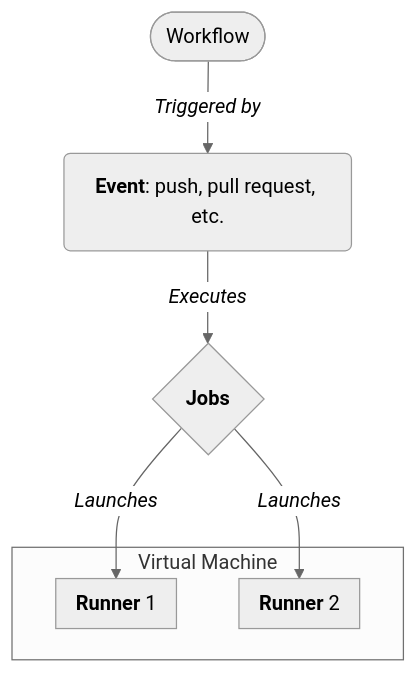
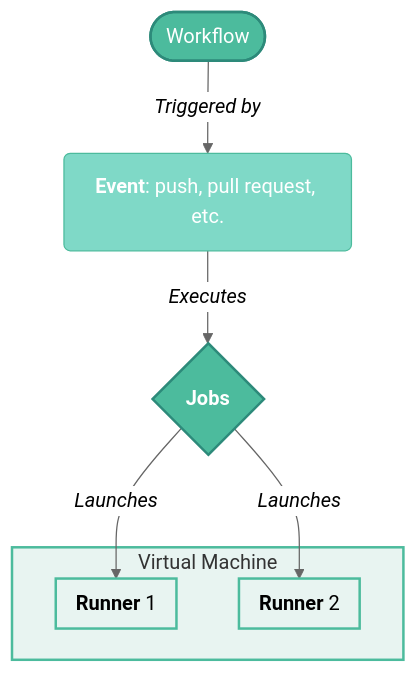
Before and after one commit to mjfrigaard/shiny-app-pkgs: the third of 8 diagrams in gha.qmd, drawn with Mermaid. The commit also changed other lines of this file, not shown here.

First line of the commit message:
Style first 5 mermaid diagrams in gha.qmd with teal palette

````diff
--- a/gha.qmd
+++ b/gha.qmd
@@ -194,17 +201,24 @@
 ```{mermaid}
 %%| fig-align: center
 %%{init: {'theme': 'neutral', 'themeVariables': { 'fontFamily': 'monospace', "fontSize":"16px"}}}%%
 
-flowchart 
+flowchart
   workflow(["Workflow"]) -->|"<em>Triggered by<em>"| event("<strong>Event</strong>: push, pull request, etc.")
-  
+
   subgraph VM["Virtual Machine"]
     subgraph runner02["<strong>Runner</strong> 2"]
     end
     subgraph runner01["<strong>Runner</strong> 1"]
     end
   end
 
   event --> |"<em>Executes</em>"| Jobs{"<strong>Jobs</strong>"}
   Jobs --> |"<em>Launches</em>"|runner01 & runner02
+
+  style workflow fill:#4CBB9D,color:#fff,stroke:#2d8a7a,stroke-width:2px
+  style event fill:#7fd9c7,color:#fff,stroke:#4CBB9D,stroke-width:1px
+  style Jobs fill:#4CBB9D,color:#fff,stroke:#2d8a7a,stroke-width:2px
+  style VM fill:#e8f4f1,stroke:#4CBB9D,stroke-width:2px
+  style runner01 fill:#e8f4f1,stroke:#4CBB9D,stroke-width:2px
+  style runner02 fill:#e8f4f1,stroke:#4CBB9D,stroke-width:2px
 ```
````
